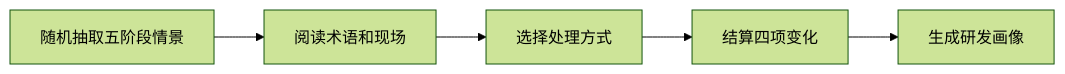
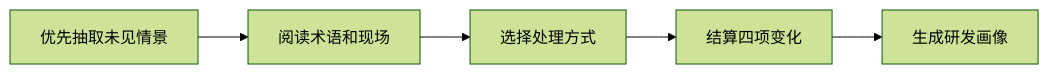
The seventh of 9 diagrams in docs/USER_GUIDE.md (shihg7/wechat_mini_program), drawn with Mermaid (forest theme) before and after one commit. The commit also changed other lines of this file and 19 other files, not shown here.

````diff
--- a/docs/USER_GUIDE.md
+++ b/docs/USER_GUIDE.md
@@ -608,12 +612,12 @@
 ```mermaid
 flowchart LR
-    A["随机抽取五阶段情景"]
+    A["优先抽取未见情景"]
     B["阅读术语和现场"]
     C["选择处理方式"]
     D["结算四项变化"]
     E["生成研发画像"]
     A --> B
     B --> C
     C --> D
     D --> E
 ```
````
